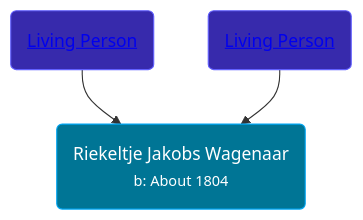
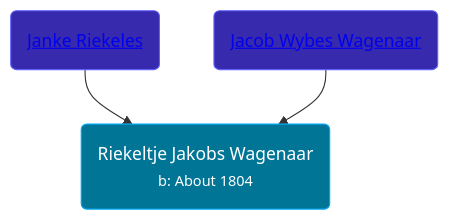
One commit to wpmgotkh/wpmgotkh.github.io changed the diagram in pages/people/7/77820694.md. Above: the diagram before and after it, drawn with Mermaid. The commit also changed other lines of this file and 586 other files, not shown here.

Commit message:
feat: better shouldConsiderPersonLiving algo

````diff
--- a/pages/people/7/77820694.md
+++ b/pages/people/7/77820694.md
@@ -11,9 +11,9 @@
 ```mermaid
 graph
 classDef grands fill:#193cb8,stroke:#2b7fff,stroke-width:1px,color:#fff;
 classDef parents fill:#372aac,stroke:#615fff,stroke-width:1px,color:#fff;
 classDef primary fill:#007595,stroke:#00a6f4,stroke-width:1px,color:#fff;
 77820694(Riekeltje Jakobs Wagenaar<br /><small>b: About 1804</small>):::primary
-76873962(<a class="text-white" href="/people/7/76873962">Living Person</a>):::parents-->77820694
-84928777(<a class="text-white" href="/people/8/84928777">Living Person</a>):::parents-->77820694
+76873962(<a class="text-white" href="/people/7/76873962">Janke Riekeles</a>):::parents-->77820694
+84928777(<a class="text-white" href="/people/8/84928777">Jacob Wybes Wagenaar</a>):::parents-->77820694
 ```
````
